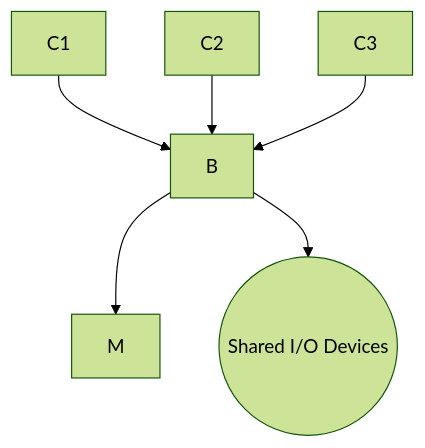
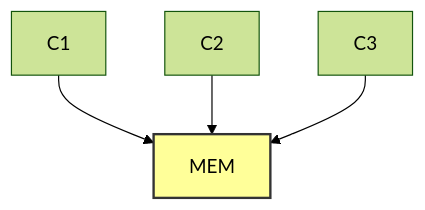
One commit to rakeshvytla9/gk-notes changed the third of 3 diagrams in os.md. Above: the diagram before and after it, drawn with Mermaid (forest theme). The commit also changed other lines of this file, not shown here.

````diff
--- a/os.md
+++ b/os.md
@@ -140,8 +118,8 @@
 ```mermaid
 graph TD
-    C1 --> B
-    C2 --> B
-    C3 --> B
-    B --> M
-    B --> IO((Shared I/O Devices))
+    C1 --> MEM
+    C2 --> MEM
+    C3 --> MEM
+    
+    style MEM fill:#ff9,stroke:#333,stroke-width:2px
 ```
````
